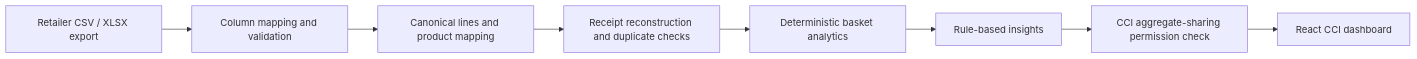
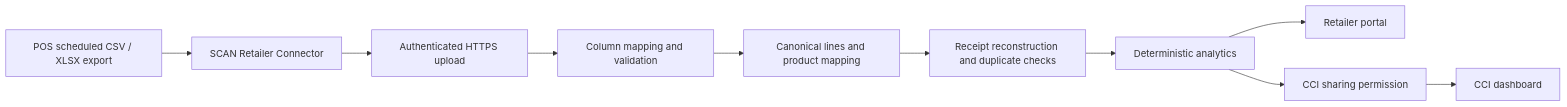
Before and after one commit to HuseynBlv/SCAN: the diagram in README.md, drawn with Mermaid. The commit also changed other lines of this file and 42 other files, not shown here.

Commit message:
feat: automate retailer data sync and add retailer portal

````diff
--- a/README.md
+++ b/README.md
@@ -49,10 +51,12 @@
 ```mermaid
 flowchart LR
-    A["Retailer CSV / XLSX export"] --> B["Column mapping and validation"]
-    B --> C["Canonical lines and product mapping"]
-    C --> D["Receipt reconstruction and duplicate checks"]
-    D --> E["Deterministic basket analytics"]
-    E --> F["Rule-based insights"]
-    F --> G["CCI aggregate-sharing permission check"]
-    G --> H["React CCI dashboard"]
+    A["POS scheduled CSV / XLSX export"] --> B["SCAN Retailer Connector"]
+    B --> C["Authenticated HTTPS upload"]
+    C --> D["Column mapping and validation"]
+    D --> E["Canonical lines and product mapping"]
+    E --> F["Receipt reconstruction and duplicate checks"]
+    F --> G["Deterministic analytics"]
+    G --> H["Retailer portal"]
+    G --> I["CCI sharing permission"]
+    I --> J["CCI dashboard"]
 ```
````
